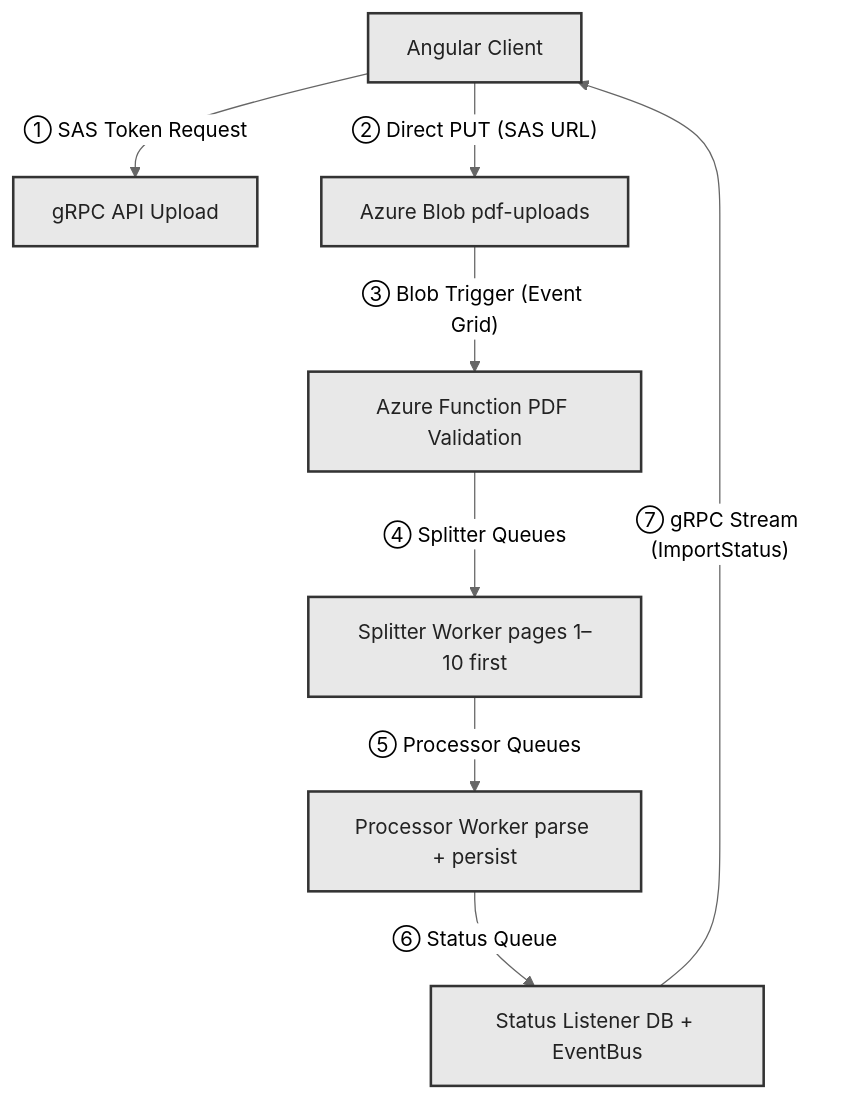
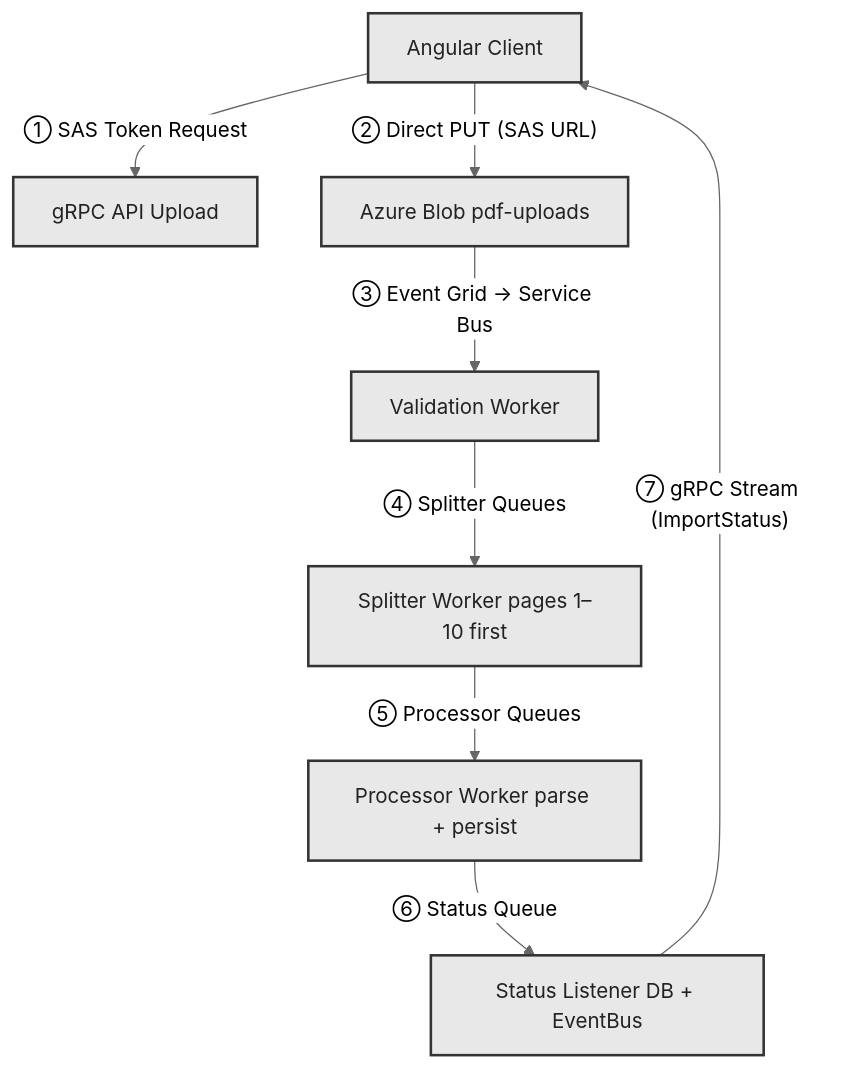
The first of 8 diagrams in README.md (duncan-G/ThePlot), drawn with Mermaid (neutral theme) before and after one commit. The commit also changed other lines of this file and 14 other files, not shown here.

Commit message:
replace validation function with validation worker for improved performance

````diff
--- a/README.md
+++ b/README.md
@@ -13,20 +13,20 @@
 ```mermaid
 graph TD
     Client[Angular Client]
     API[gRPC API Upload]
     Blob[Azure Blob pdf-uploads]
-    Func[Azure Function PDF Validation]
+    Val[Validation Worker]
     Splitter[Splitter Worker pages 1–10 first]
     Processor[Processor Worker parse + persist]
     Listener[Status Listener DB + EventBus]
 
     Client -- "① SAS Token Request" --> API
     Client -- "② Direct PUT (SAS URL)" --> Blob
-    Blob -- "③ Blob Trigger (Event Grid)" --> Func
-    Func -- "④ Splitter Queues" --> Splitter
+    Blob -- "③ Event Grid → Service Bus" --> Val
+    Val -- "④ Splitter Queues" --> Splitter
     Splitter -- "⑤ Processor Queues" --> Processor
     Processor -- "⑥ Status Queue" --> Listener
     Listener -- "⑦ gRPC Stream (ImportStatus)" --> Client
     
     classDef default fill:#e8e8e8,stroke:#333,stroke-width:2px,color:#222;
 ```
````
